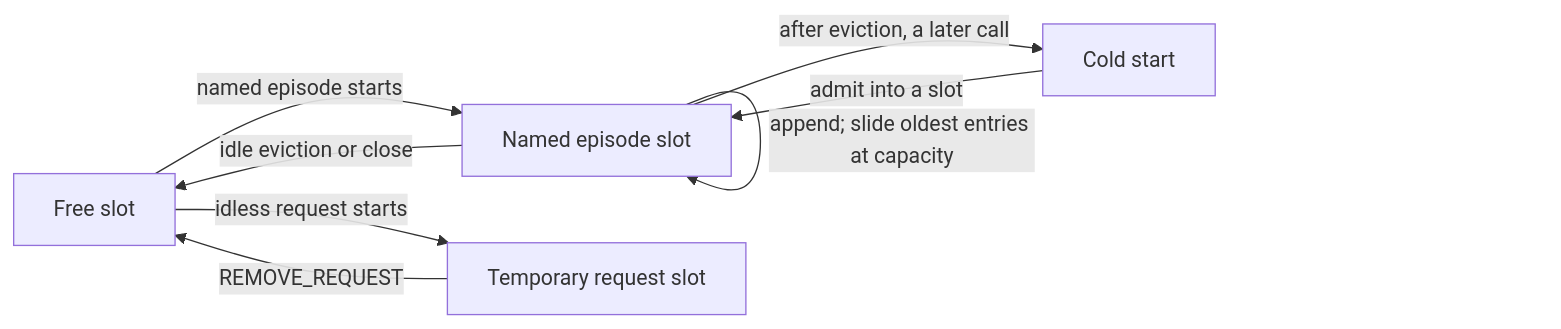
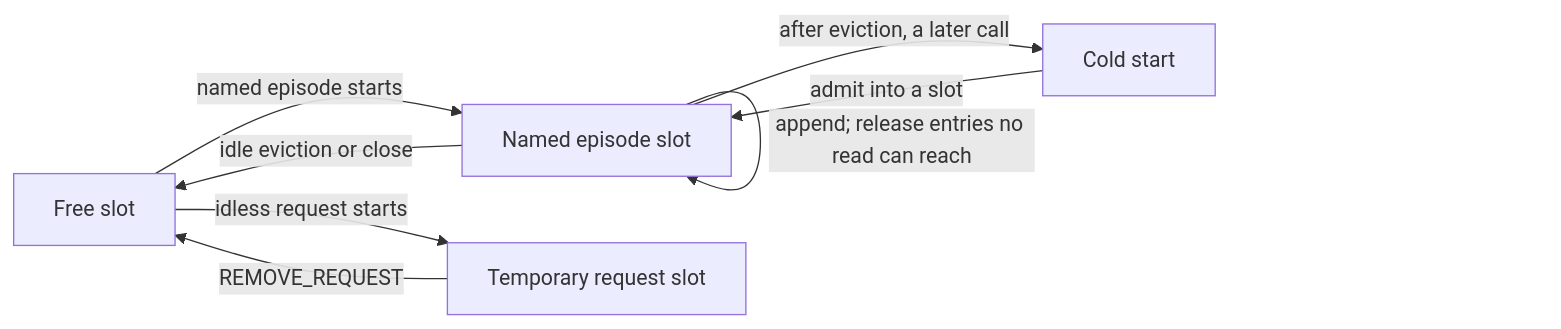
The second of 2 diagrams in docs/design/episode_state.md (mstar-project/mstar), drawn with Mermaid before and after one commit. The commit also changed other lines of this file, not shown here.

Commit message:
docs: align episode lifetime with read-derived retention

````diff
--- a/docs/design/episode_state.md
+++ b/docs/design/episode_state.md
@@ -234,10 +230,10 @@
 ```mermaid
 flowchart LR
     Free[Free slot] -->|named episode starts| Named[Named episode slot]
-    Named -->|append; slide oldest entries at capacity| Named
+    Named -->|append; release entries no read can reach| Named
     Named -->|idle eviction or close| Free
     Free -->|idless request starts| Temp[Temporary request slot]
     Temp -->|REMOVE_REQUEST| Free
     Named -->|after eviction, a later call| Cold[Cold start]
     Cold -->|admit into a slot| Named
 ```
````
